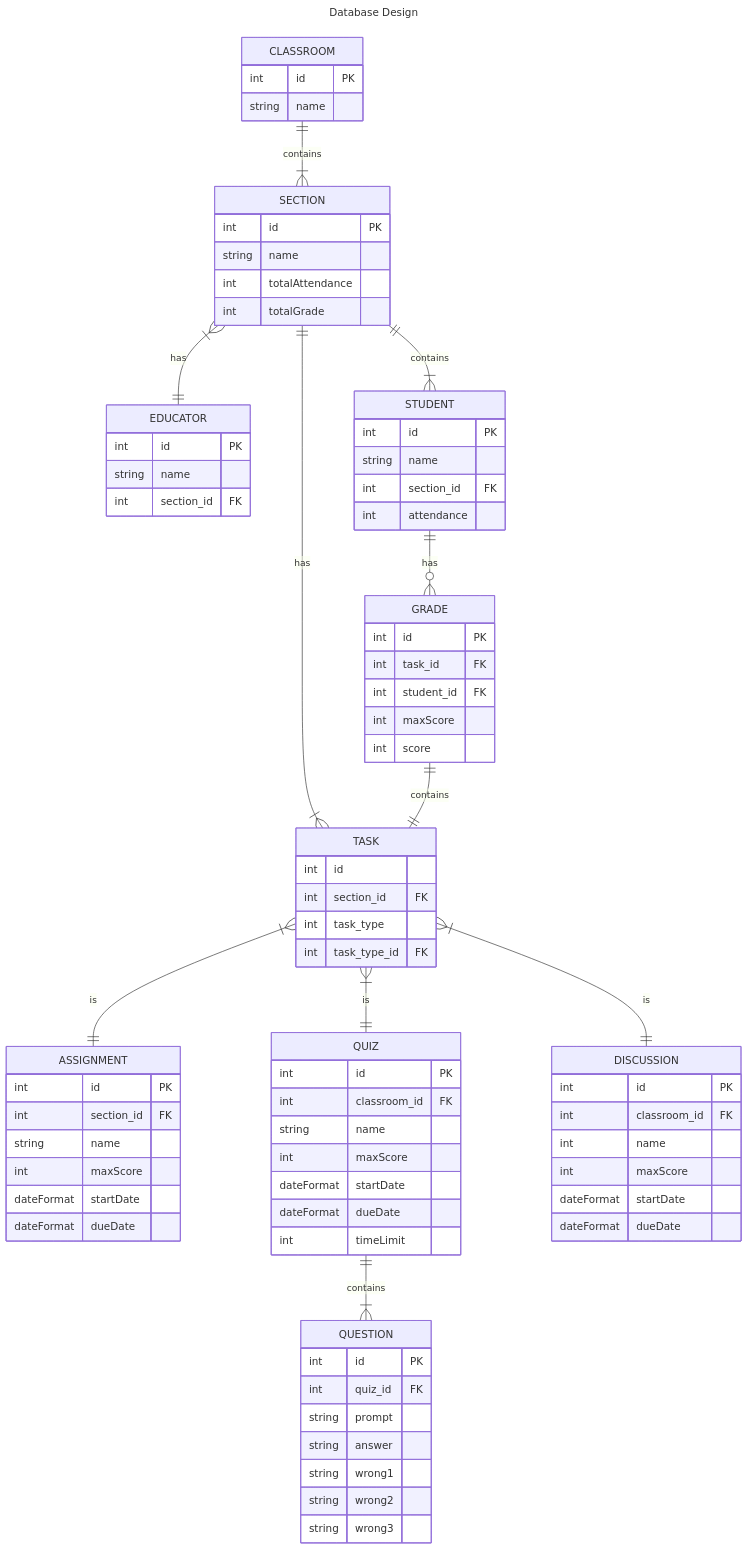
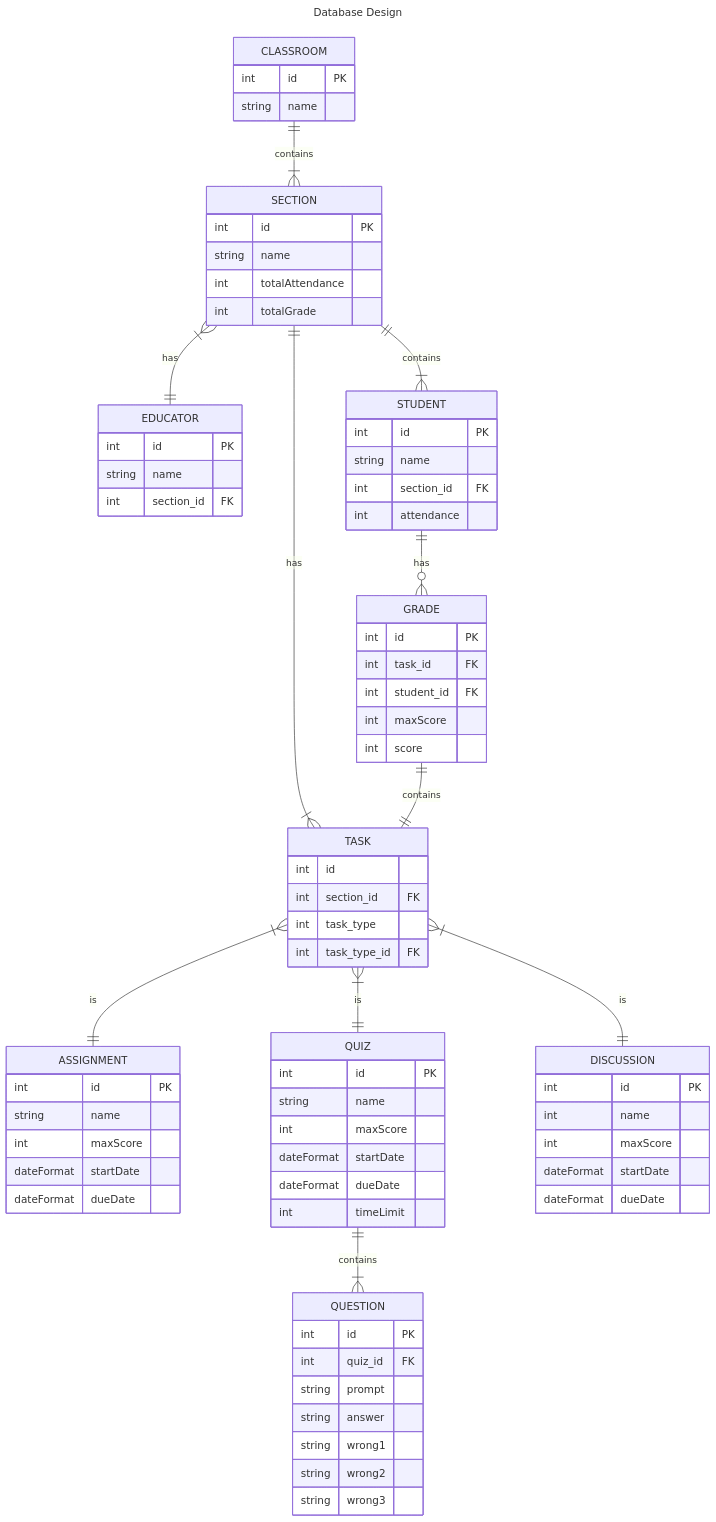
The second of 8 diagrams in documentation/docs/system-architecture/design.md (Capstone-Projects-2023-Spring/project-discord-classroom), drawn with Mermaid before and after one commit.

```diff
--- a/documentation/docs/system-architecture/design.md
+++ b/documentation/docs/system-architecture/design.md
@@ -79,7 +79,6 @@
     }
     ASSIGNMENT {
         int id PK
-        int section_id FK
         string name
         int maxScore
         dateFormat startDate
@@ -87,7 +86,6 @@
     }
     QUIZ {
         int id PK
-        int classroom_id FK
         string name
         int maxScore
         dateFormat startDate
@@ -105,7 +103,6 @@
     }
     DISCUSSION {
        int id PK
-       int classroom_id FK
        int name
        int maxScore
        dateFormat startDate
```
